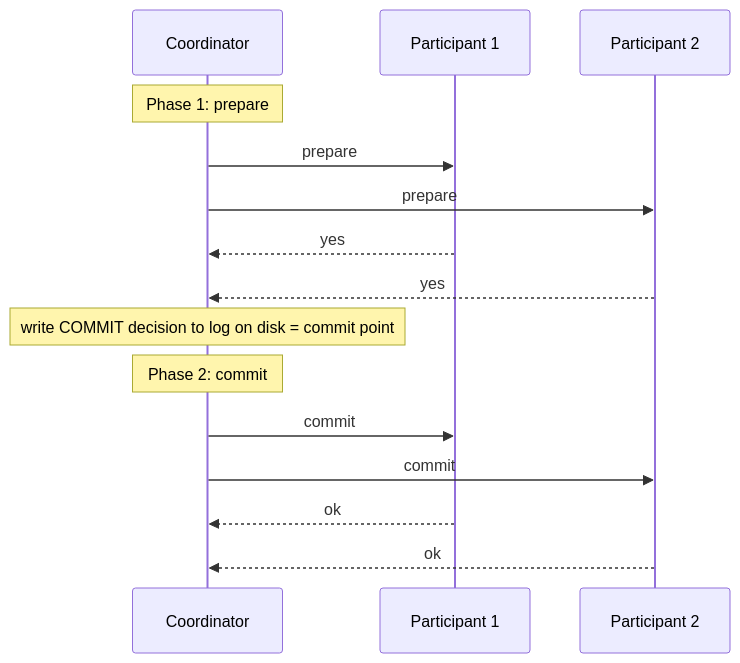
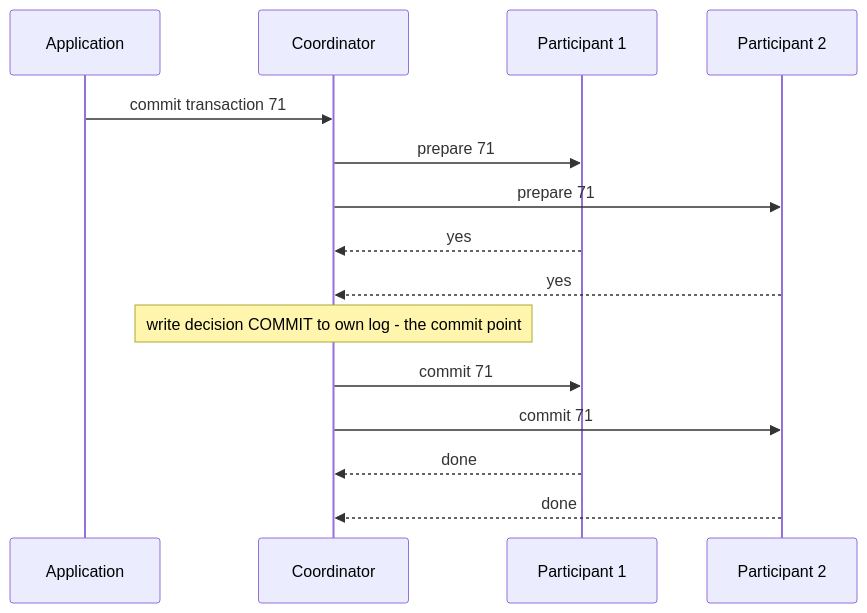
Before and after one commit to alvinnew100/grand-line-study-guide: the first of 2 diagrams in src/databases/lessons/23-consensus.md, drawn with Mermaid. The commit also changed other lines of this file and 37 other files, not shown here.

````diff
--- a/src/databases/lessons/23-consensus.md
+++ b/src/databases/lessons/23-consensus.md
@@ -30,17 +28,17 @@
 ```mermaid
 sequenceDiagram
-  participant C as Coordinator
+  participant App as Application
+  participant Co as Coordinator
   participant P1 as Participant 1
   participant P2 as Participant 2
-  Note over C: Phase 1: prepare
-  C->>P1: prepare
-  C->>P2: prepare
-  P1-->>C: yes
-  P2-->>C: yes
-  Note over C: write COMMIT decision to log on disk = commit point
-  Note over C: Phase 2: commit
-  C->>P1: commit
-  C->>P2: commit
-  P1-->>C: ok
-  P2-->>C: ok
+  App->>Co: commit transaction 71
+  Co->>P1: prepare 71
+  Co->>P2: prepare 71
+  P1-->>Co: yes
+  P2-->>Co: yes
+  Note over Co: write decision COMMIT to own log - the commit point
+  Co->>P1: commit 71
+  Co->>P2: commit 71
+  P1-->>Co: done
+  P2-->>Co: done
 ```
````
